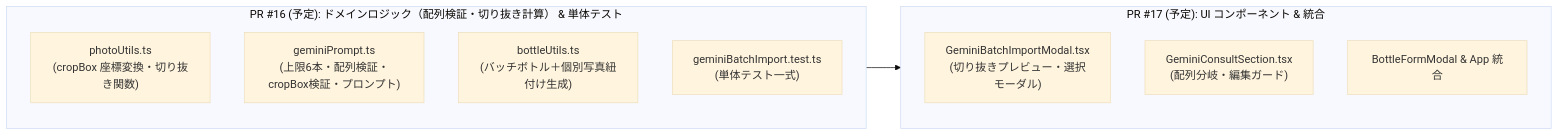
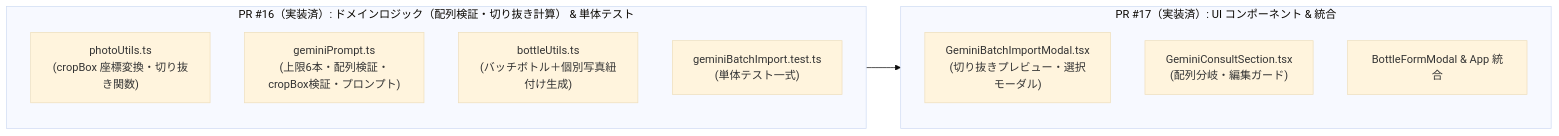
One commit to tahosook/sake-collection changed the third of 3 diagrams in docs/gemini-batch-import-design.md. Above: the diagram before and after it, drawn with Mermaid (base theme). The commit also changed other lines of this file and 8 other files, not shown here.

````diff
--- a/docs/gemini-batch-import-design.md
+++ b/docs/gemini-batch-import-design.md
@@ -239,17 +239,17 @@
 ```mermaid
 graph LR
-    subgraph PR1["PR #16 (予定): ドメインロジック（配列検証・切り抜き計算） & 単体テスト"]
+    subgraph PR1["PR #16（実装済）: ドメインロジック（配列検証・切り抜き計算） & 単体テスト"]
         D1["photoUtils.ts<br/>(cropBox 座標変換・切り抜き関数)"]
         D2["geminiPrompt.ts<br/>(上限6本・配列検証・cropBox検証・プロンプト)"]
         D3["bottleUtils.ts<br/>(バッチボトル＋個別写真紐付け生成)"]
         T1["geminiBatchImport.test.ts<br/>(単体テスト一式)"]
     end
 
-    subgraph PR2["PR #17 (予定): UI コンポーネント & 統合"]
+    subgraph PR2["PR #17（実装済）: UI コンポーネント & 統合"]
         U1["GeminiBatchImportModal.tsx<br/>(切り抜きプレビュー・選択モーダル)"]
         U2["GeminiConsultSection.tsx<br/>(配列分岐・編集ガード)"]
         U3["BottleFormModal & App 統合"]
     end
 
     PR1 --> PR2
 ```
````
